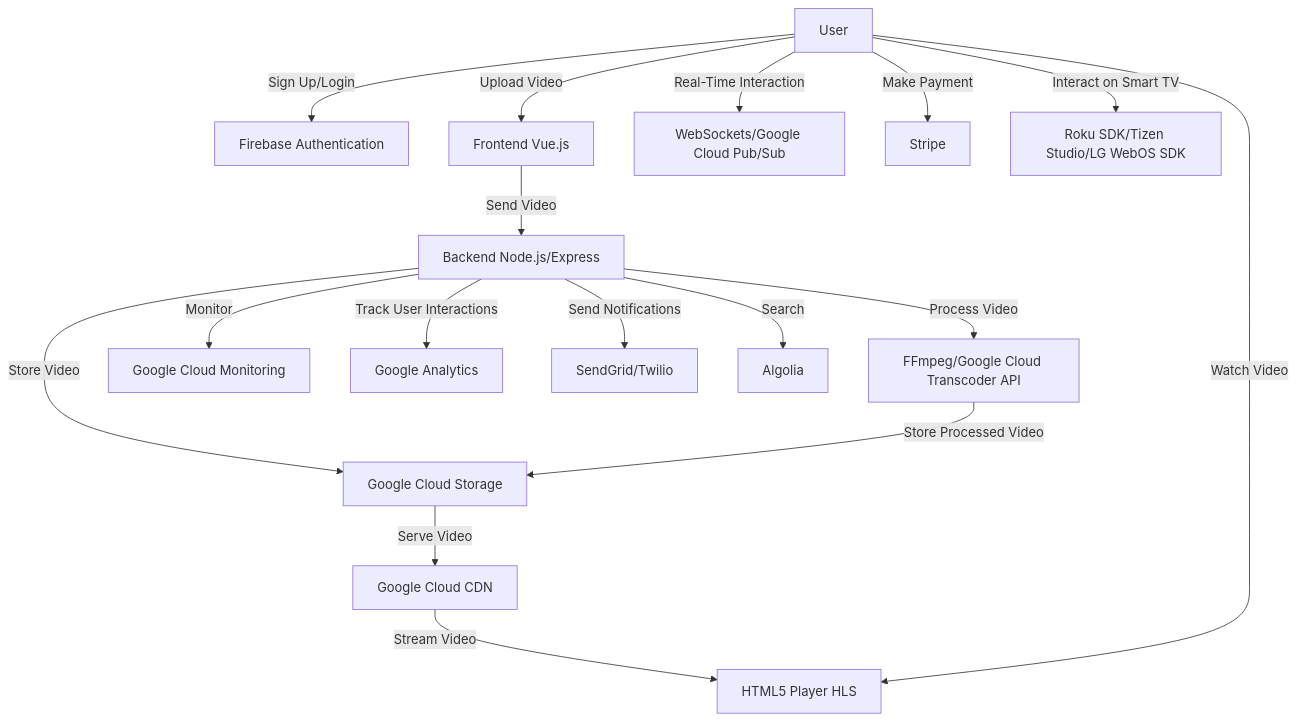
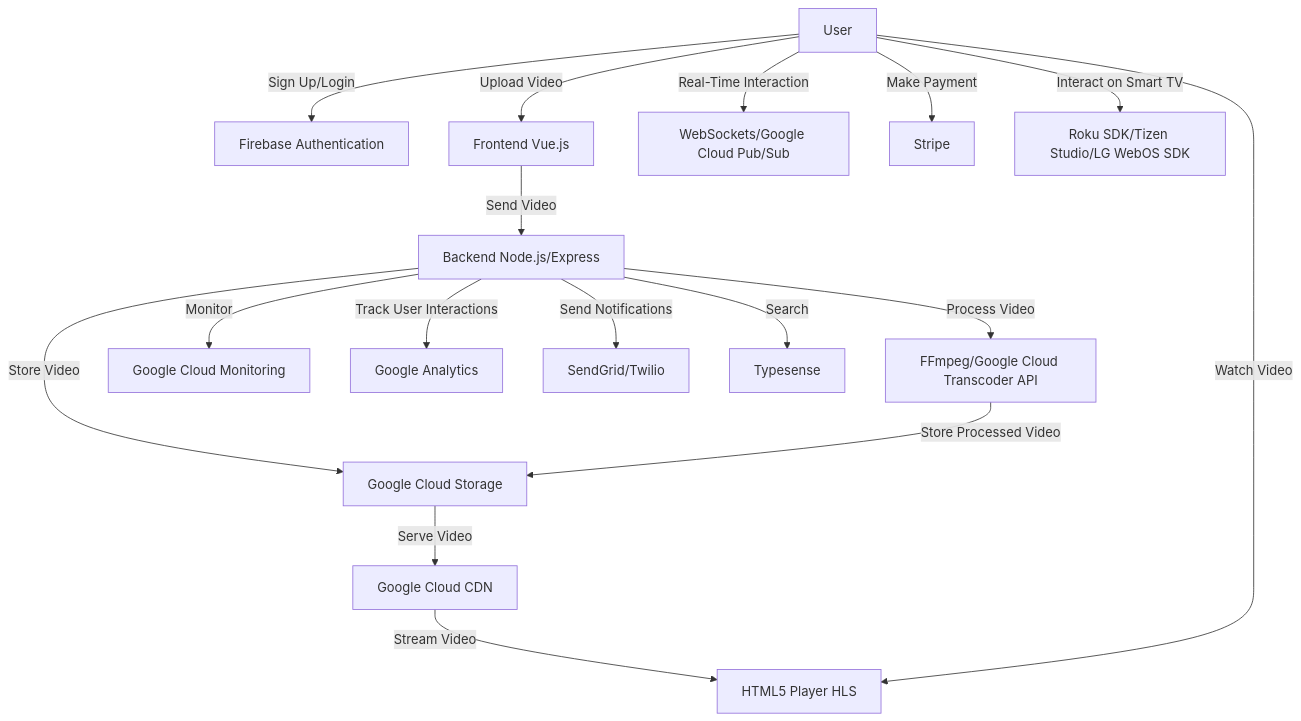
The diagram in README.md (driphireweb/vod-documentation), drawn with Mermaid before and after one commit. The commit also changed other lines of this file, not shown here.

````diff
--- a/README.md
+++ b/README.md
@@ -158,19 +158,19 @@
 ```mermaid
 graph TD
     A[User] -->|Sign Up/Login| B[Firebase Authentication]
     A -->|Upload Video| C[Frontend Vue.js]
     C -->|Send Video| D[Backend Node.js/Express]
     D -->|Store Video| E[Google Cloud Storage]
     D -->|Process Video| F[FFmpeg/Google Cloud Transcoder API]
     F -->|Store Processed Video| E
     E -->|Serve Video| G[Google Cloud CDN]
     G -->|Stream Video| H[HTML5 Player HLS]
     A -->|Watch Video| H
     A -->|Real-Time Interaction| I[WebSockets/Google Cloud Pub/Sub]
     D -->|Monitor| J[Google Cloud Monitoring]
     D -->|Track User Interactions| K[Google Analytics]
     A -->|Make Payment| L[Stripe]
     D -->|Send Notifications| M[SendGrid/Twilio]
-    D -->|Search| N[Algolia]
+    D -->|Search| N[Typesense]
     A -->|Interact on Smart TV| O[Roku SDK/Tizen Studio/LG WebOS SDK]
 ```
````
